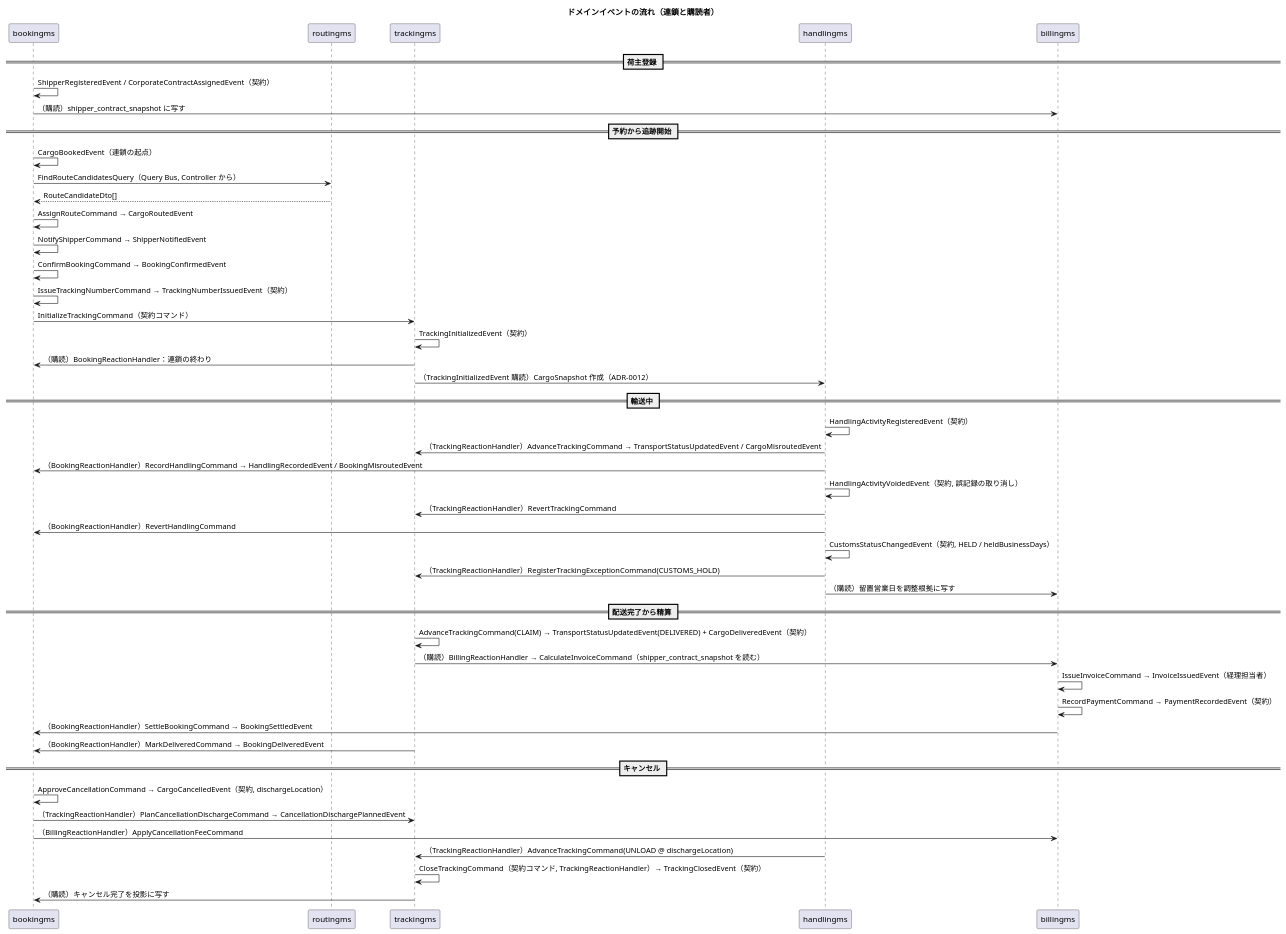
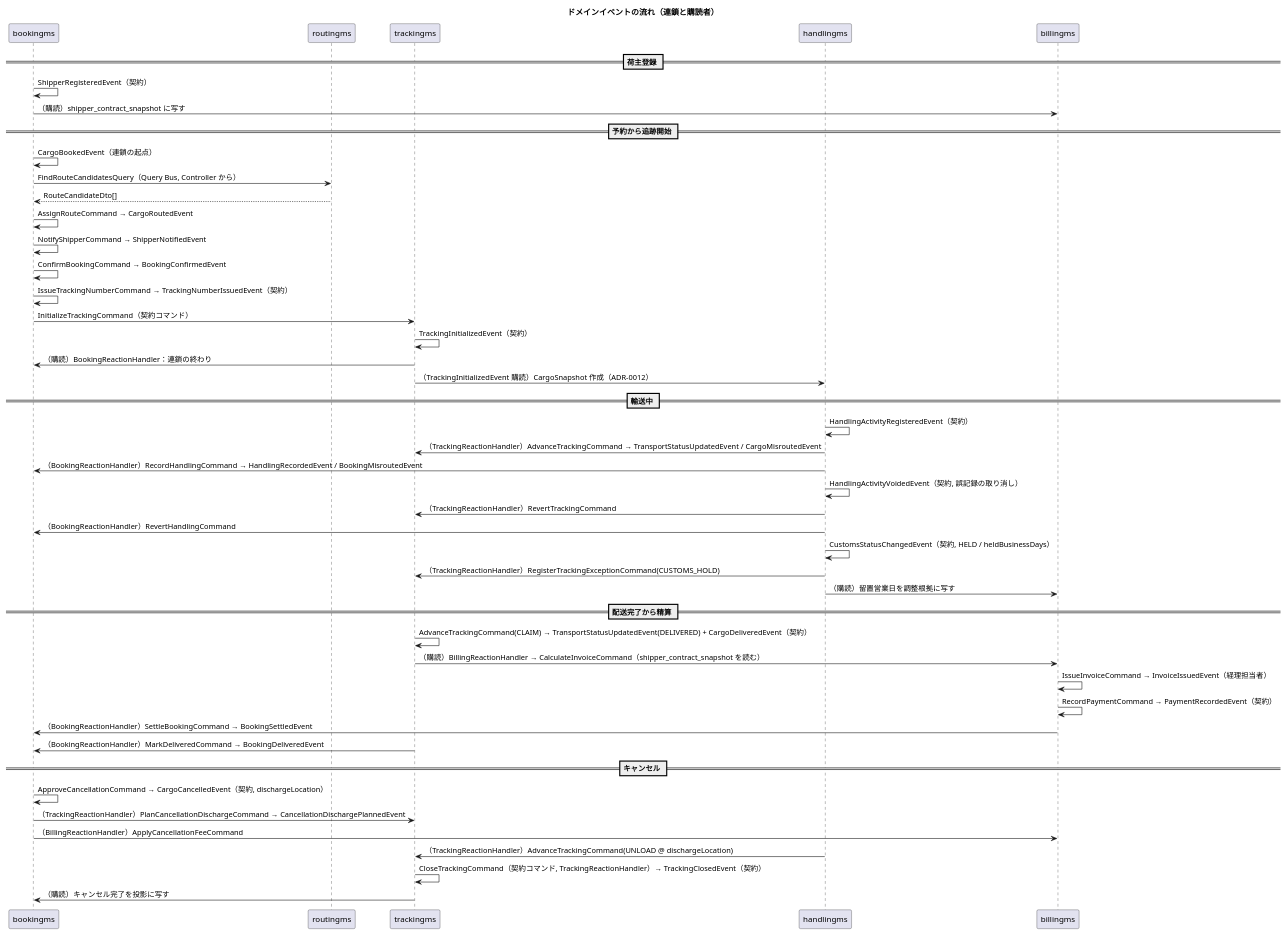
Before and after one commit to k2works/case-study-cargo-tracker: diagram 12 of 13 in docs/design/cargo-tracker/domain-model.md, drawn with PlantUML. The commit also changed other lines of this file and 40 other files, not shown here.

````diff
--- a/docs/design/cargo-tracker/domain-model.md
+++ b/docs/design/cargo-tracker/domain-model.md
@@ -1278,55 +1279,55 @@
 ```plantuml
 @startuml
 title ドメインイベントの流れ（連鎖と購読者）
 
 participant "bookingms" as B
 participant "routingms" as R
 participant "trackingms" as T
 participant "handlingms" as H
 participant "billingms" as Bi
 
 == 荷主登録 ==
-B -> B : ShipperRegisteredEvent / CorporateContractAssignedEvent（契約）
+B -> B : ShipperRegisteredEvent（契約）
 B -> Bi : （購読）shipper_contract_snapshot に写す
 
 == 予約から追跡開始 ==
 B -> B : CargoBookedEvent（連鎖の起点）
 B -> R : FindRouteCandidatesQuery（Query Bus, Controller から）
 R --> B : RouteCandidateDto[]
 B -> B : AssignRouteCommand → CargoRoutedEvent
 B -> B : NotifyShipperCommand → ShipperNotifiedEvent
 B -> B : ConfirmBookingCommand → BookingConfirmedEvent
 B -> B : IssueTrackingNumberCommand → TrackingNumberIssuedEvent（契約）
 B -> T : InitializeTrackingCommand（契約コマンド）
 T -> T : TrackingInitializedEvent（契約）
 T -> B : （購読）BookingReactionHandler：連鎖の終わり
 T -> H : （TrackingInitializedEvent 購読）CargoSnapshot 作成（ADR-0012）
 
 == 輸送中 ==
 H -> H : HandlingActivityRegisteredEvent（契約）
 H -> T : （TrackingReactionHandler）AdvanceTrackingCommand → TransportStatusUpdatedEvent / CargoMisroutedEvent
 H -> B : （BookingReactionHandler）RecordHandlingCommand → HandlingRecordedEvent / BookingMisroutedEvent
 H -> H : HandlingActivityVoidedEvent（契約, 誤記録の取り消し）
 H -> T : （TrackingReactionHandler）RevertTrackingCommand
 H -> B : （BookingReactionHandler）RevertHandlingCommand
 H -> H : CustomsStatusChangedEvent（契約, HELD / heldBusinessDays）
 H -> T : （TrackingReactionHandler）RegisterTrackingExceptionCommand(CUSTOMS_HOLD)
 H -> Bi : （購読）留置営業日を調整根拠に写す
 
 == 配送完了から精算 ==
 T -> T : AdvanceTrackingCommand(CLAIM) → TransportStatusUpdatedEvent(DELIVERED) + CargoDeliveredEvent（契約）
 T -> Bi : （購読）BillingReactionHandler → CalculateInvoiceCommand（shipper_contract_snapshot を読む）
 Bi -> Bi : IssueInvoiceCommand → InvoiceIssuedEvent（経理担当者）
 Bi -> Bi : RecordPaymentCommand → PaymentRecordedEvent（契約）
 Bi -> B : （BookingReactionHandler）SettleBookingCommand → BookingSettledEvent
 T -> B : （BookingReactionHandler）MarkDeliveredCommand → BookingDeliveredEvent
 
 == キャンセル ==
 B -> B : ApproveCancellationCommand → CargoCancelledEvent（契約, dischargeLocation）
 B -> T : （TrackingReactionHandler）PlanCancellationDischargeCommand → CancellationDischargePlannedEvent
 B -> Bi : （BillingReactionHandler）ApplyCancellationFeeCommand
 H -> T : （TrackingReactionHandler）AdvanceTrackingCommand(UNLOAD @ dischargeLocation)
 T -> T : CloseTrackingCommand（契約コマンド, TrackingReactionHandler）→ TrackingClosedEvent（契約）
 T -> B : （購読）キャンセル完了を投影に写す
 @enduml
 ```
````
